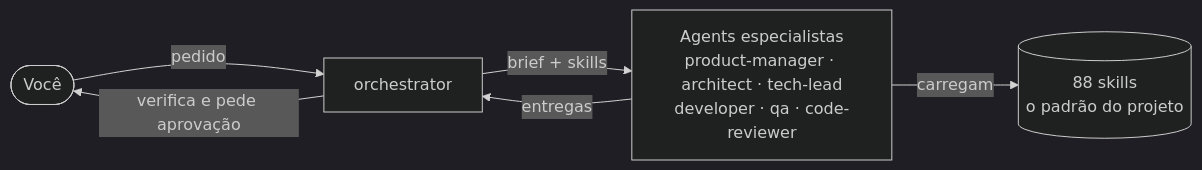
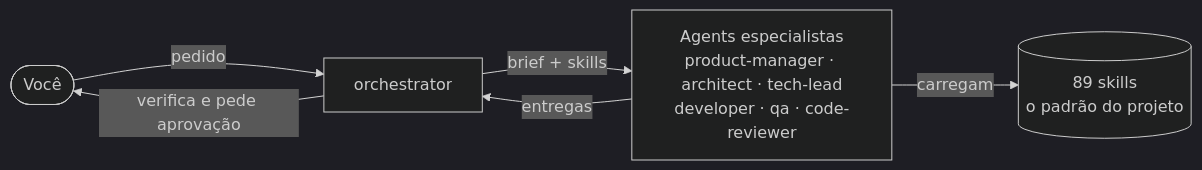
The first of 9 diagrams in README.md (edimilsonldutra/spring-boot-core), drawn with Mermaid (dark theme) before and after one commit. The commit also changed other lines of this file and 11 other files, not shown here.

````diff
--- a/README.md
+++ b/README.md
@@ -65,8 +65,8 @@
 ```mermaid
 flowchart LR
     U(["Você"]) -->|"pedido"| O["orchestrator"]
     O -->|"brief + skills"| A["Agents especialistas<br/>product-manager · architect · tech-lead<br/>developer · qa · code-reviewer"]
-    A -->|"carregam"| S[("88 skills<br/>o padrão do projeto")]
+    A -->|"carregam"| S[("89 skills<br/>o padrão do projeto")]
     A -->|"entregas"| O
     O -->|"verifica e pede aprovação"| U
 ```
````
